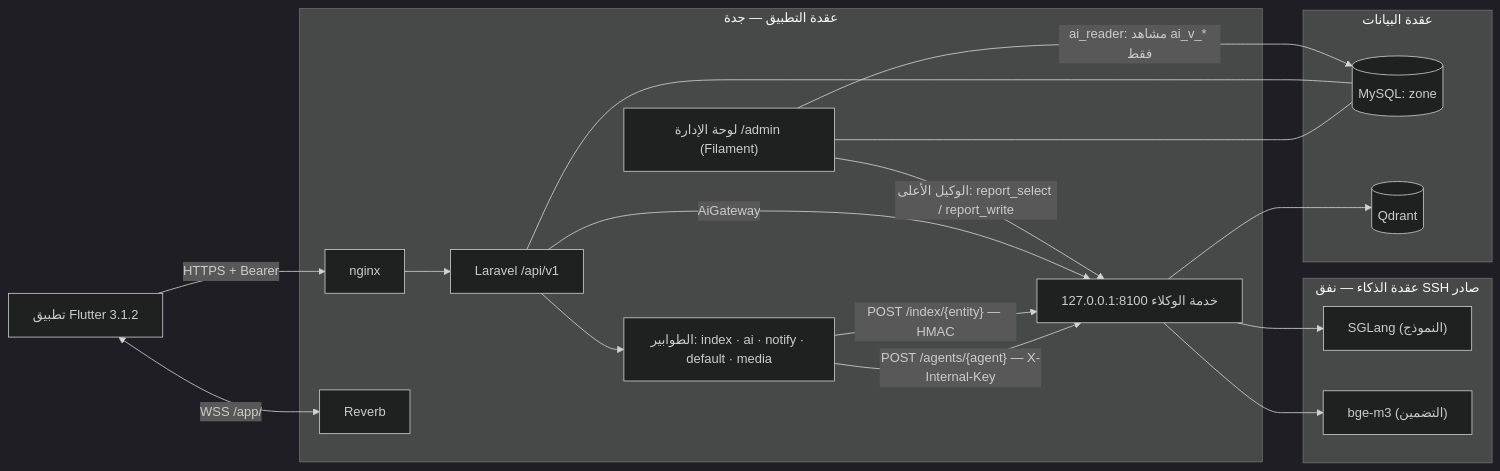
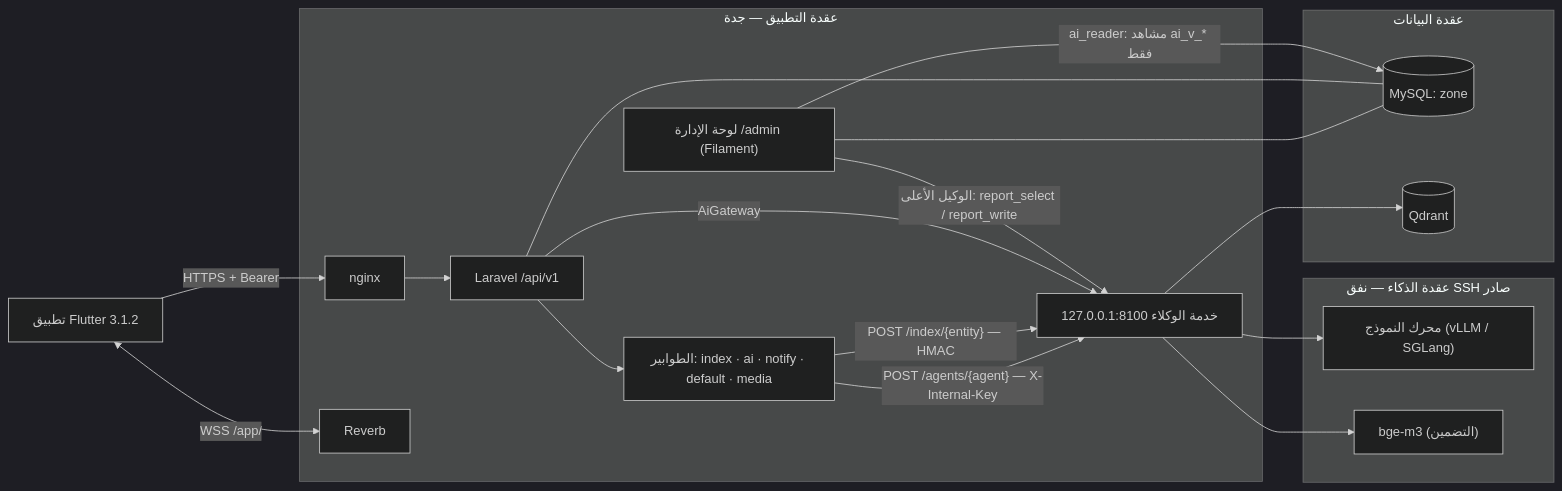
The diagram in docs/three-parties.md (vv707-848/ZON), drawn with Mermaid (dark theme) before and after one commit. The commit also changed 29 other files, not shown here.

````diff
--- a/docs/three-parties.md
+++ b/docs/three-parties.md
@@ -5,33 +5,33 @@
 ```mermaid
 flowchart LR
   APP["تطبيق Flutter 3.1.2"]
   subgraph APPNODE["عقدة التطبيق — جدة"]
     NGINX["nginx"]
     API["Laravel /api/v1"]
     ADMIN["لوحة الإدارة /admin (Filament)"]
     Q["الطوابير: index · ai · notify · default · media"]
     REVERB["Reverb"]
     AGENTS["خدمة الوكلاء 127.0.0.1:8100"]
   end
   subgraph DATA["عقدة البيانات"]
     MYSQL[("MySQL: zone")]
     QDRANT[("Qdrant")]
   end
   subgraph AINODE["عقدة الذكاء — نفق SSH صادر"]
-    LLM["SGLang (النموذج)"]
+    LLM["محرك النموذج (vLLM / SGLang)"]
     EMB["bge-m3 (التضمين)"]
   end
   APP -->|HTTPS + Bearer| NGINX --> API
   APP <-->|WSS /app/| REVERB
   ADMIN --- MYSQL
   API --- MYSQL
   API --> Q
   Q -->|"POST /agents/{agent} — X-Internal-Key"| AGENTS
   Q -->|"POST /index/{entity} — HMAC"| AGENTS
   API -->|AiGateway| AGENTS
   ADMIN -->|"الوكيل الأعلى: report_select / report_write"| AGENTS
   ADMIN -->|"ai_reader: مشاهد ai_v_* فقط"| MYSQL
   AGENTS --> QDRANT
   AGENTS --> LLM
   AGENTS --> EMB
 ```
````
